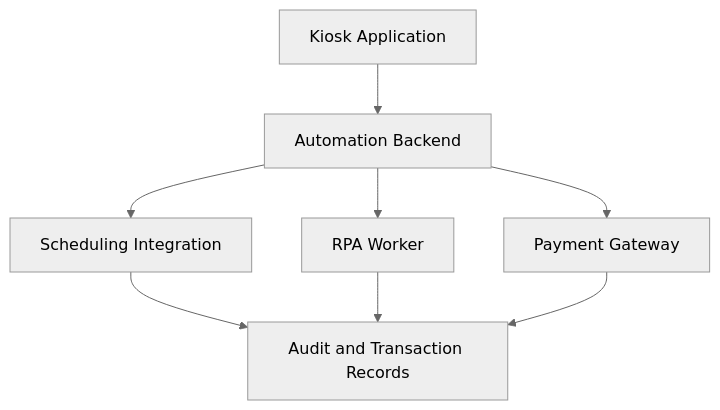
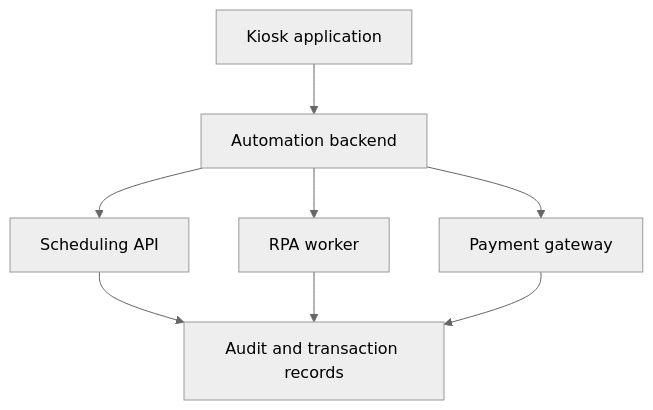
Before and after one commit to LuisDa87/Web_Ingeniot: the first of 3 diagrams in README.md, drawn with Mermaid (neutral theme). The commit also changed other lines of this file, not shown here.

````diff
--- a/README.md
+++ b/README.md
@@ -17,10 +40,10 @@
 ```mermaid
 flowchart TD
-    A[Kiosk Application] --> B[Automation Backend]
-    B --> C[Scheduling Integration]
-    B --> D[RPA Worker]
-    B --> E[Payment Gateway]
-    C --> F[Audit and Transaction Records]
+    A["Kiosk application"] --> B["Automation backend"]
+    B --> C["Scheduling API"]
+    B --> D["RPA worker"]
+    B --> E["Payment gateway"]
+    C --> F["Audit and transaction records"]
     D --> F
     E --> F
 ```
````
